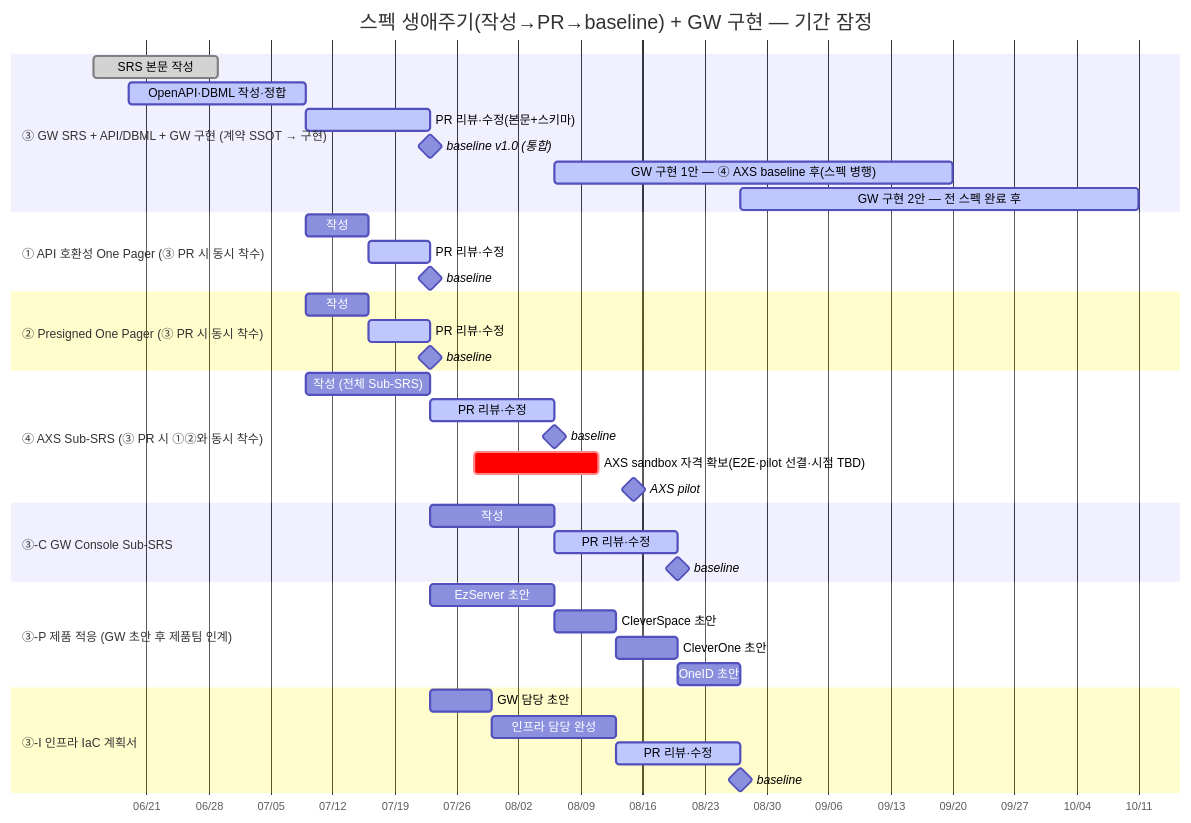
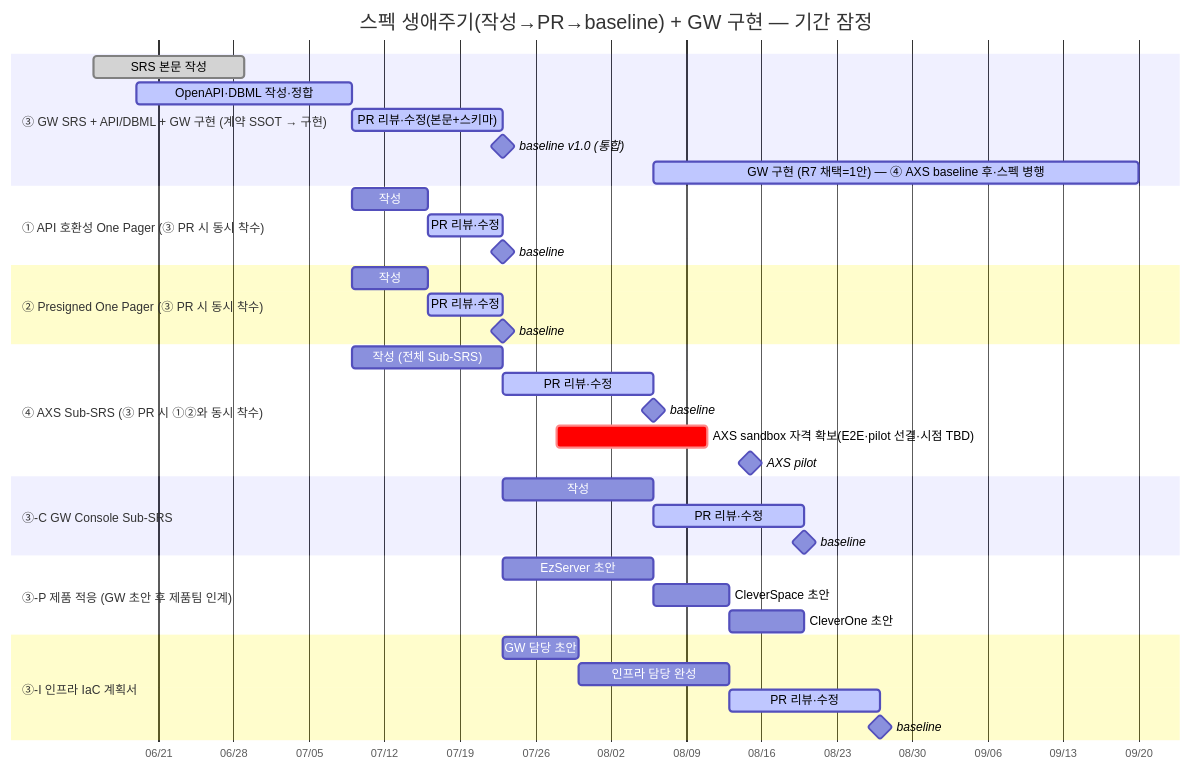
Before and after one commit to gracegyu/scp-architecture: diagram 14 of 14 in docs/VT_API_Gateway/08.VT_API_Gateway/VT API Gateway — PRD (v2)/VT API Gateway — 개발 Roadmap 결정.md, drawn with Mermaid. The commit also changed other lines of this file and 17 other files, not shown here.

````diff
--- a/docs/VT_API_Gateway/08.VT_API_Gateway/VT API Gateway — PRD (v2)/VT API Gateway — 개발 Roadmap 결정.md
+++ b/docs/VT_API_Gateway/08.VT_API_Gateway/VT API Gateway — PRD (v2)/VT API Gateway — 개발 Roadmap 결정.md
@@ -696,49 +686,47 @@
 ```mermaid
 gantt
     title 스펙 생애주기(작성→PR→baseline) + GW 구현 — 기간 잠정
     dateFormat YYYY-MM-DD
     axisFormat %m/%d
     todayMarker stroke-width:3px,stroke:#d33,opacity:0.6
 
     section ③ GW SRS + API/DBML + GW 구현 (계약 SSOT → 구현)
     SRS 본문 작성            :done, srsw, 2026-06-15, 14d
     OpenAPI·DBML 작성·정합   :active, designw, 2026-06-19, 20d
     PR 리뷰·수정(본문+스키마) :active, srspr, 2026-07-09, 14d
     baseline v1.0 (통합)     :milestone, srsbl, after srspr, 0d
-    GW 구현 1안 — ④ AXS baseline 후(스펙 병행) :active, impl1, after axsbl, 45d
-    GW 구현 2안 — 전 스펙 완료 후 :active, impl2, after conbl infbl oidw, 45d
+    GW 구현 (R7 채택=1안) — ④ AXS baseline 후·스펙 병행 :active, impl1, after axsbl, 45d
 
     section ① API 호환성 One Pager (③ PR 시 동시 착수)
     작성                  :op1w, 2026-07-09, 7d
     PR 리뷰·수정          :active, op1pr, after op1w, 7d
     baseline              :milestone, op1bl, after op1pr, 0d
 
     section ② Presigned One Pager (③ PR 시 동시 착수)
     작성                  :op2w, 2026-07-09, 7d
     PR 리뷰·수정          :active, op2pr, after op2w, 7d
     baseline              :milestone, op2bl, after op2pr, 0d
 
     section ④ AXS Sub-SRS (③ PR 시 ①②와 동시 착수)
     작성 (전체 Sub-SRS)    :axsw, 2026-07-09, 14d
     PR 리뷰·수정          :active, axspr, after axsw, 14d
     baseline              :milestone, axsbl, after axspr, 0d
     AXS sandbox 자격 확보(E2E·pilot 선결·시점 TBD) :crit, cred, 2026-07-28, 14d
     AXS pilot             :milestone, pilot, 2026-08-15, 0d
 
     section ③-C GW Console Sub-SRS
     작성                  :conw, after srsbl, 14d
     PR 리뷰·수정          :active, conpr, after conw, 14d
     baseline              :milestone, conbl, after conpr, 0d
 
     section ③-P 제품 적응 (GW 초안 후 제품팀 인계)
     EzServer 초안         :ezw, after srsbl, 14d
     CleverSpace 초안      :csw, after ezw, 7d
     CleverOne 초안        :cow, after csw, 7d
-    OneID 초안            :oidw, after cow, 7d
 
     section ③-I 인프라 IaC 계획서
     GW 담당 초안          :infw1, after srsbl, 7d
     인프라 담당 완성       :infw2, after infw1, 14d
     PR 리뷰·수정          :active, infpr, after infw2, 14d
     baseline              :milestone, infbl, after infpr, 0d
 ```
````
